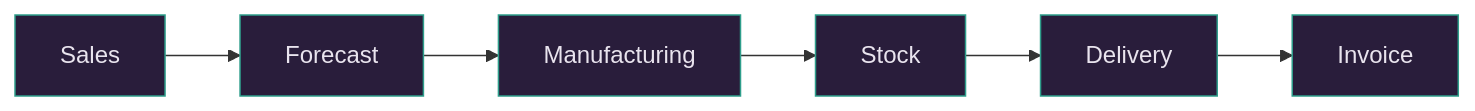
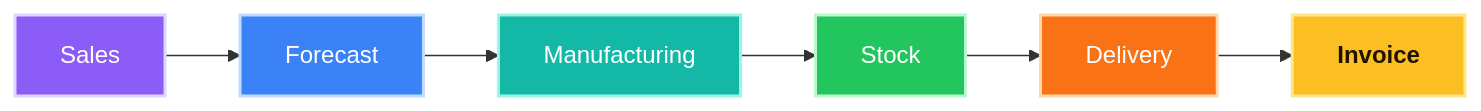
The fourth of 6 diagrams in README.md (NoohSD/NoohSD), drawn with Mermaid before and after one commit. The commit also changed other lines of this file, not shown here.

````diff
--- a/README.md
+++ b/README.md
@@ -217,6 +231,16 @@
 ```mermaid
 flowchart LR
     S[Sales] --> F[Forecast] --> M[Manufacturing] --> K[Stock] --> D[Delivery] --> I[Invoice]
-    classDef a fill:#291D3B,color:#E9E4EE,stroke:#2E9E8B
-    class S,F,M,K,D,I a
+    classDef s1 fill:#8B5CF6,color:#FFFFFF,stroke:#DDD6FE,stroke-width:2px
+    classDef s2 fill:#3B82F6,color:#FFFFFF,stroke:#BFDBFE,stroke-width:2px
+    classDef s3 fill:#14B8A6,color:#FFFFFF,stroke:#99F6E4,stroke-width:2px
+    classDef s4 fill:#22C55E,color:#FFFFFF,stroke:#BBF7D0,stroke-width:2px
+    classDef s5 fill:#F97316,color:#FFFFFF,stroke:#FED7AA,stroke-width:2px
+    classDef s6 fill:#FBBF24,color:#1F1300,stroke:#FDE68A,stroke-width:2px,font-weight:bold
+    class S s1
+    class F s2
+    class M s3
+    class K s4
+    class D s5
+    class I s6
 ```
````
